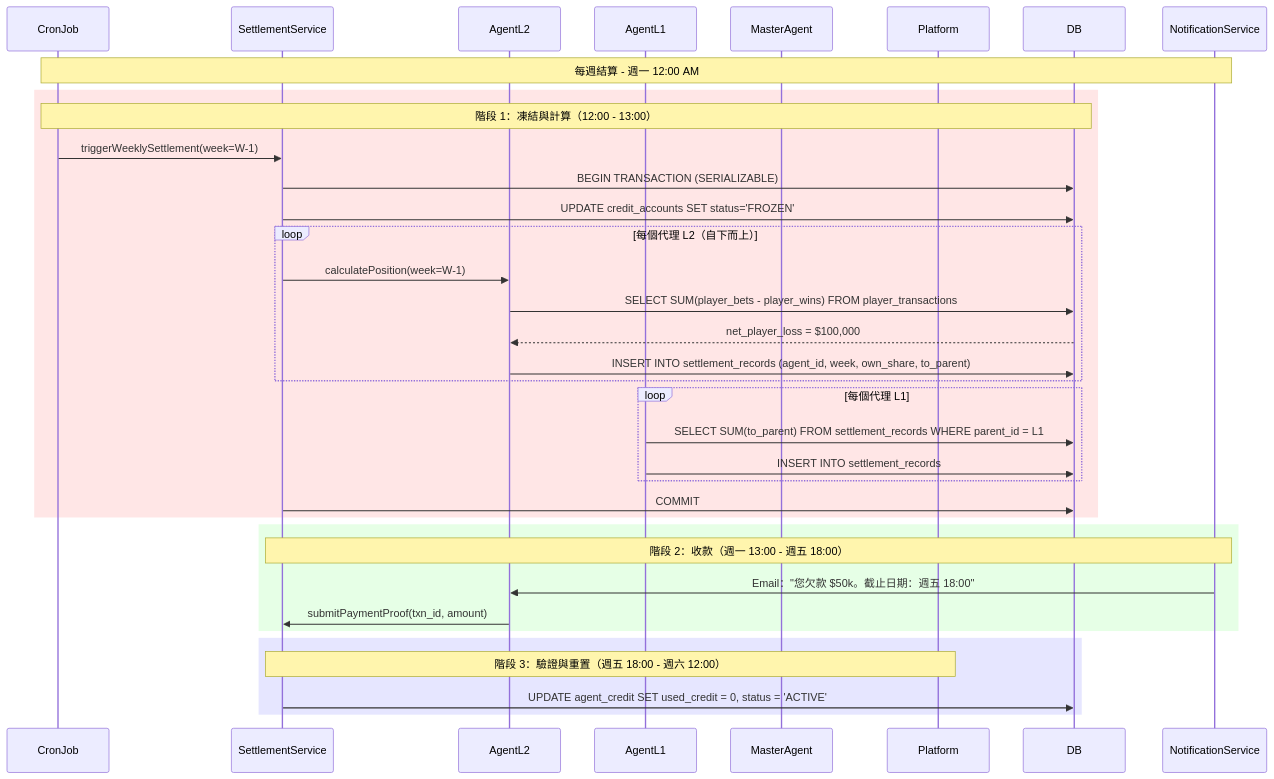
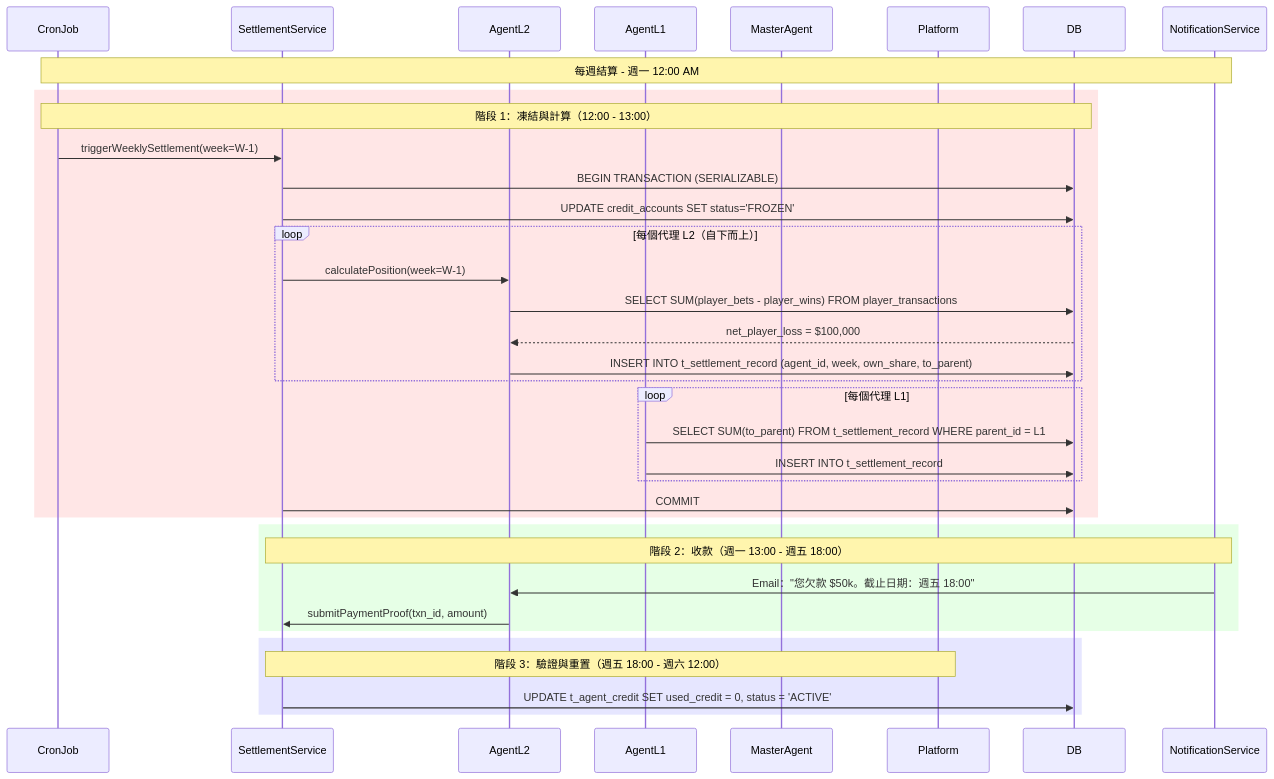
One commit to ron03wlb/smart-admin changed the third of 3 diagrams in docs/iGaming/architecture/07_Agent_Service/Credit_Network_Architecture.md. Above: the diagram before and after it, drawn with Mermaid. The commit also changed other lines of this file and 32 other files, not shown here.

````diff
--- a/docs/iGaming/architecture/07_Agent_Service/Credit_Network_Architecture.md
+++ b/docs/iGaming/architecture/07_Agent_Service/Credit_Network_Architecture.md
@@ -115,48 +115,48 @@
 ```mermaid
 sequenceDiagram
     participant CronJob
     participant SettlementService
     participant AgentL2
     participant AgentL1
     participant MasterAgent
     participant Platform
     participant DB
     participant NotificationService
 
     Note over CronJob,NotificationService: 每週結算 - 週一 12:00 AM
 
     rect rgb(255, 230, 230)
         Note over CronJob,DB: 階段 1：凍結與計算（12:00 - 13:00）
 
         CronJob->>SettlementService: triggerWeeklySettlement(week=W-1)
         SettlementService->>DB: BEGIN TRANSACTION (SERIALIZABLE)
         SettlementService->>DB: UPDATE credit_accounts SET status='FROZEN'
 
         loop 每個代理 L2（自下而上）
             SettlementService->>AgentL2: calculatePosition(week=W-1)
             AgentL2->>DB: SELECT SUM(player_bets - player_wins) FROM player_transactions
             DB-->>AgentL2: net_player_loss = $100,000
-            AgentL2->>DB: INSERT INTO settlement_records (agent_id, week, own_share, to_parent)
+            AgentL2->>DB: INSERT INTO t_settlement_record (agent_id, week, own_share, to_parent)
         end
 
         loop 每個代理 L1
-            AgentL1->>DB: SELECT SUM(to_parent) FROM settlement_records WHERE parent_id = L1
-            AgentL1->>DB: INSERT INTO settlement_records
+            AgentL1->>DB: SELECT SUM(to_parent) FROM t_settlement_record WHERE parent_id = L1
+            AgentL1->>DB: INSERT INTO t_settlement_record
         end
 
         SettlementService->>DB: COMMIT
     end
 
     rect rgb(230, 255, 230)
         Note over SettlementService,NotificationService: 階段 2：收款（週一 13:00 - 週五 18:00）
 
         NotificationService->>AgentL2: Email："您欠款 $50k。截止日期：週五 18:00"
         AgentL2->>SettlementService: submitPaymentProof(txn_id, amount)
     end
 
     rect rgb(230, 230, 255)
         Note over SettlementService,Platform: 階段 3：驗證與重置（週五 18:00 - 週六 12:00）
 
-        SettlementService->>DB: UPDATE agent_credit SET used_credit = 0, status = 'ACTIVE'
+        SettlementService->>DB: UPDATE t_agent_credit SET used_credit = 0, status = 'ACTIVE'
     end
 ```
````
